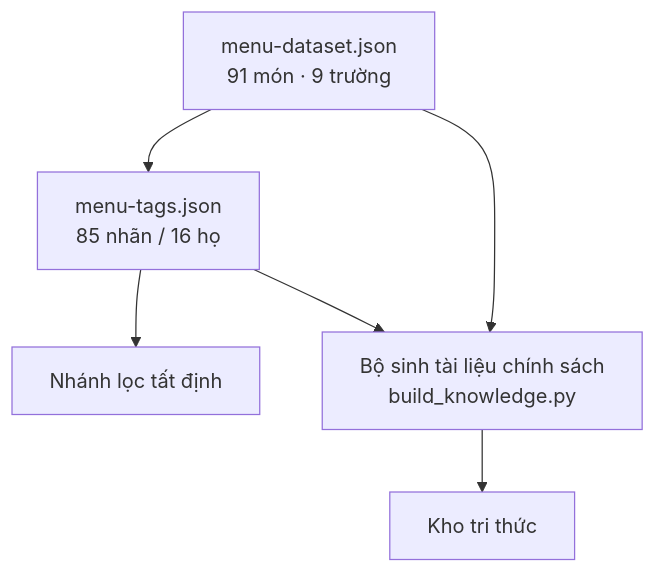
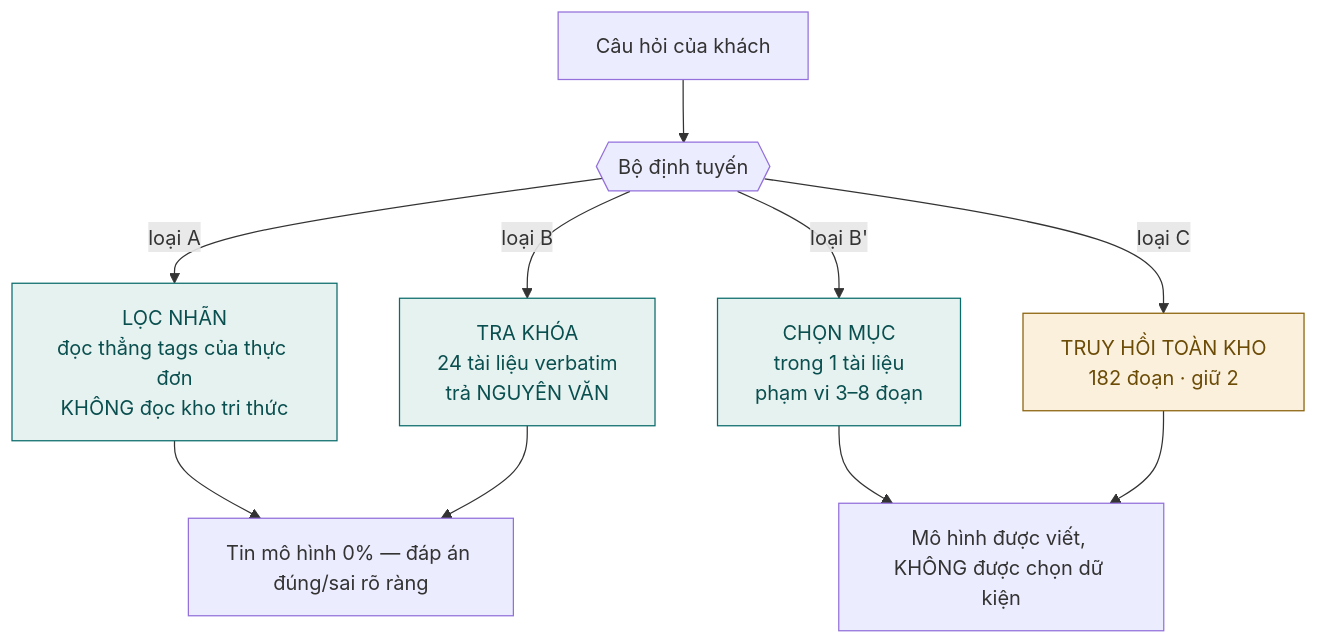
Before and after one commit to Anpham120/restaurant-qr-ai-ordering: the second of 9 diagrams in docs/ai/BAO_CAO_HOC_MAY_KPDL.md, drawn with Mermaid. The commit also changed other lines of this file and 1 other file, not shown here.

````diff
--- a/docs/ai/BAO_CAO_HOC_MAY_KPDL.md
+++ b/docs/ai/BAO_CAO_HOC_MAY_KPDL.md
@@ -85,8 +681,18 @@
 ```mermaid
 flowchart TB
-  M["menu-dataset.json<br/>91 món · 9 trường"] --> T["menu-tags.json<br/>85 nhãn / 16 họ"]
-  T --> F["Nhánh lọc tất định"]
-  T --> G["Bộ sinh tài liệu chính sách<br/>build_knowledge.py"]
-  G --> K["Kho tri thức"]
-  M --> G
+  Q["Câu hỏi của khách"] --> R{{"Bộ định tuyến"}}
+  R -->|"loại A"| F["LỌC NHÃN<br/>đọc thẳng tags của thực đơn<br/>KHÔNG đọc kho tri thức"]
+  R -->|"loại B"| K["TRA KHÓA<br/>24 tài liệu verbatim<br/>trả NGUYÊN VĂN"]
+  R -->|"loại B'"| S["CHỌN MỤC<br/>trong 1 tài liệu<br/>phạm vi 3–8 đoạn"]
+  R -->|"loại C"| T["TRUY HỒI TOÀN KHO<br/>182 đoạn · giữ 2"]
+
+  F --> X["Tin mô hình 0% — đáp án đúng/sai rõ ràng"]
+  K --> X
+  S --> Y["Mô hình được viết, KHÔNG được chọn dữ kiện"]
+  T --> Y
+
+  classDef exact fill:#e6f2f0,stroke:#0a6b6b,color:#0a4f4f;
+  classDef prob fill:#faf0dc,stroke:#8a6108,color:#6b4b06;
+  class F,K,S exact;
+  class T prob;
 ```
````
